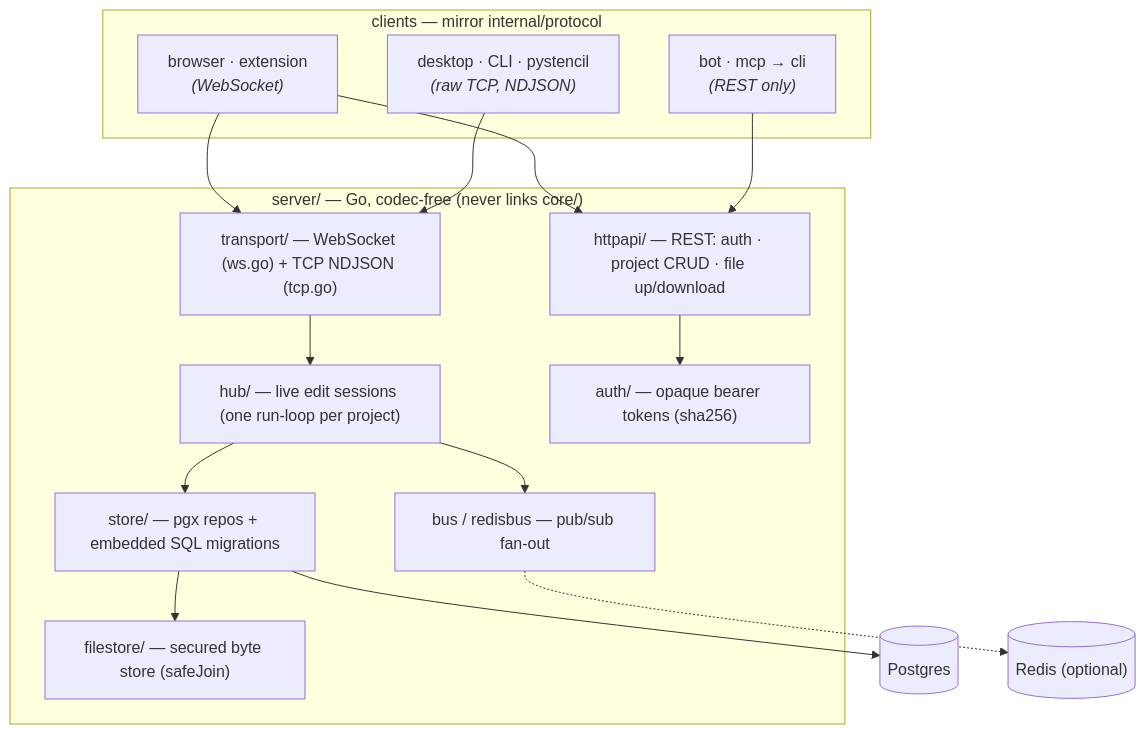
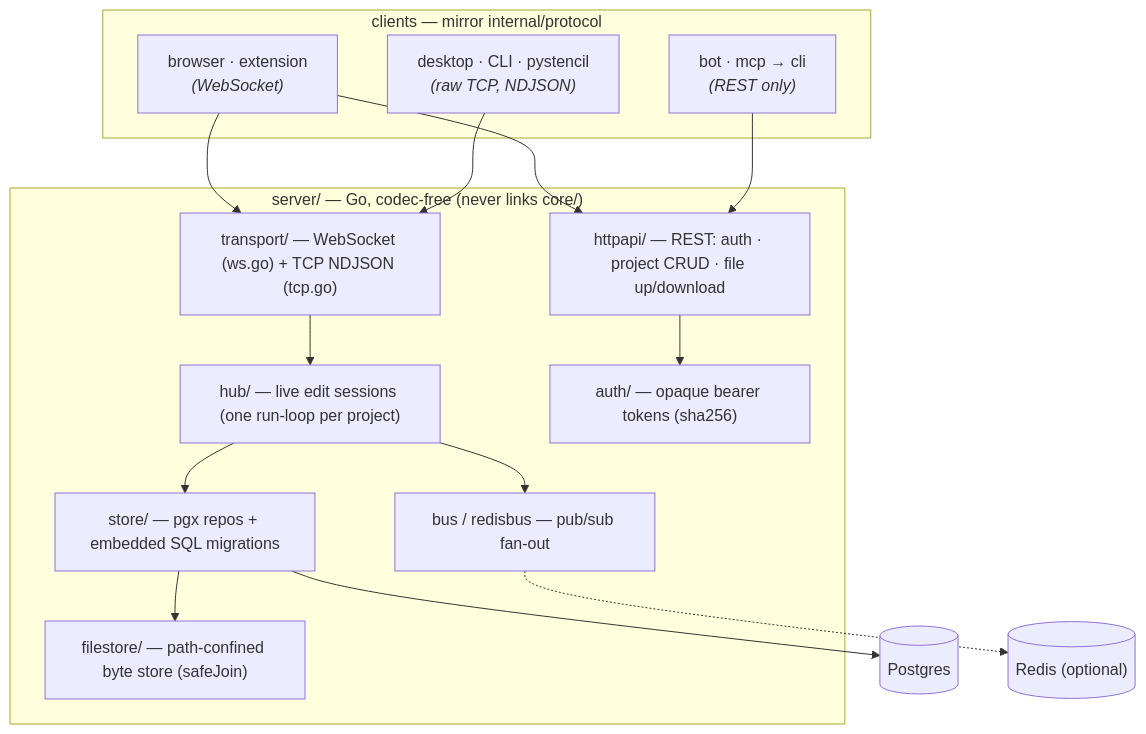
One commit to andrew1407/stencil changed the diagram in server/README.md. Above: the diagram before and after it, drawn with Mermaid. The commit also changed other lines of this file and 30 other files, not shown here.

````diff
--- a/server/README.md
+++ b/server/README.md
@@ -12,31 +13,31 @@
 ```mermaid
 graph TD
     subgraph CLIENTS["clients — mirror internal/protocol"]
       WS["browser · extension<br/><i>(WebSocket)</i>"]
       TCP["desktop · CLI · pystencil<br/><i>(raw TCP, NDJSON)</i>"]
       REST["bot · mcp → cli<br/><i>(REST only)</i>"]
     end
     subgraph SRV["server/ — Go, codec-free (never links core/)"]
       API["httpapi/ — REST: auth · project CRUD · file up/download"]
       TRANS["transport/ — WebSocket (ws.go) + TCP NDJSON (tcp.go)"]
       HUB["hub/ — live edit sessions (one run-loop per project)"]
       AUTH["auth/ — opaque bearer tokens (sha256)"]
       STORE["store/ — pgx repos + embedded SQL migrations"]
-      FILES["filestore/ — secured byte store (safeJoin)"]
+      FILES["filestore/ — path-confined byte store (safeJoin)"]
       BUS["bus / redisbus — pub/sub fan-out"]
     end
     PG[("Postgres")]
     RD[("Redis (optional)")]
 
     WS --> TRANS
     TCP --> TRANS
     WS --> API
     REST --> API
     API --> AUTH
     TRANS --> HUB
     HUB --> STORE
     HUB --> BUS
     STORE --> PG
     STORE --> FILES
     BUS -.-> RD
 ```
````
